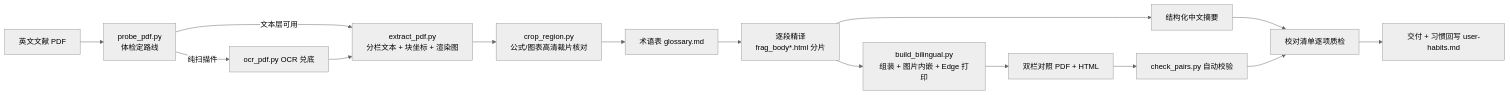
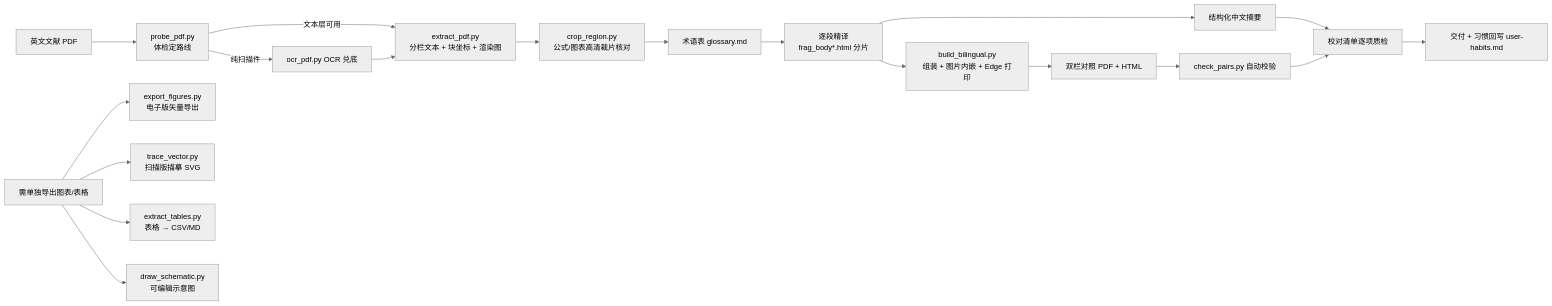
One commit to dx2002tq97/literature-fine-translation changed the diagram in README.md. Above: the diagram before and after it, drawn with Mermaid (neutral theme). The commit also changed other lines of this file and 4 other files, not shown here.

Commit message:
Polish docs: changelog order, README nine->ten pieces, neutral terms, mermaid tools, OCR description

````diff
--- a/README.md
+++ b/README.md
@@ -31,17 +31,22 @@
 ```mermaid
 flowchart LR
     A[英文文献 PDF] --> P[probe_pdf.py<br/>体检定路线]
     P -->|纯扫描件| O[ocr_pdf.py OCR 兑底]
     P -->|文本层可用| B[extract_pdf.py<br/>分栏文本 + 块坐标 + 渲染图]
     O --> B
     B --> Q[crop_region.py<br/>公式/图表高清裁片核对]
     Q --> C[术语表 glossary.md]
     C --> D[逐段精译<br/>frag_body*.html 分片]
     D --> E[build_bilingual.py<br/>组装 + 图片内嵌 + Edge 打印]
     E --> F[双栏对照 PDF + HTML]
     D --> G[结构化中文摘要]
     F --> K[check_pairs.py 自动校验]
     G --> H[校对清单逐项质检]
     K --> H
     H --> I[交付 + 习惯回写 user-habits.md]
+
+    EX[需单独导出图表/表格] --> X1[export_figures.py<br/>电子版矢量导出]
+    EX --> X2[trace_vector.py<br/>扫描版描摹 SVG]
+    EX --> X3[extract_tables.py<br/>表格 → CSV/MD]
+    EX --> X4[draw_schematic.py<br/>可编辑示意图]
 ```
````
